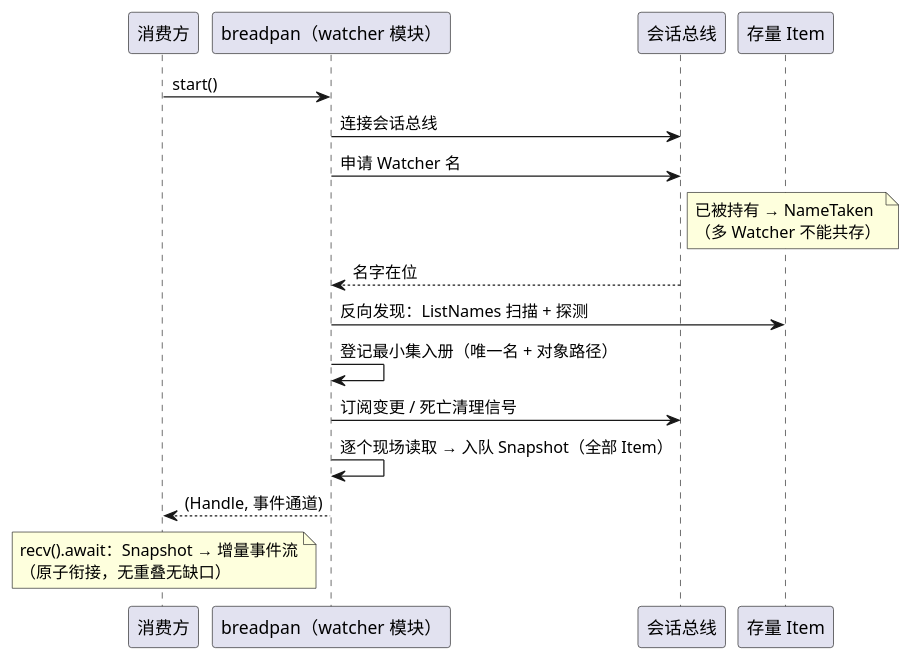
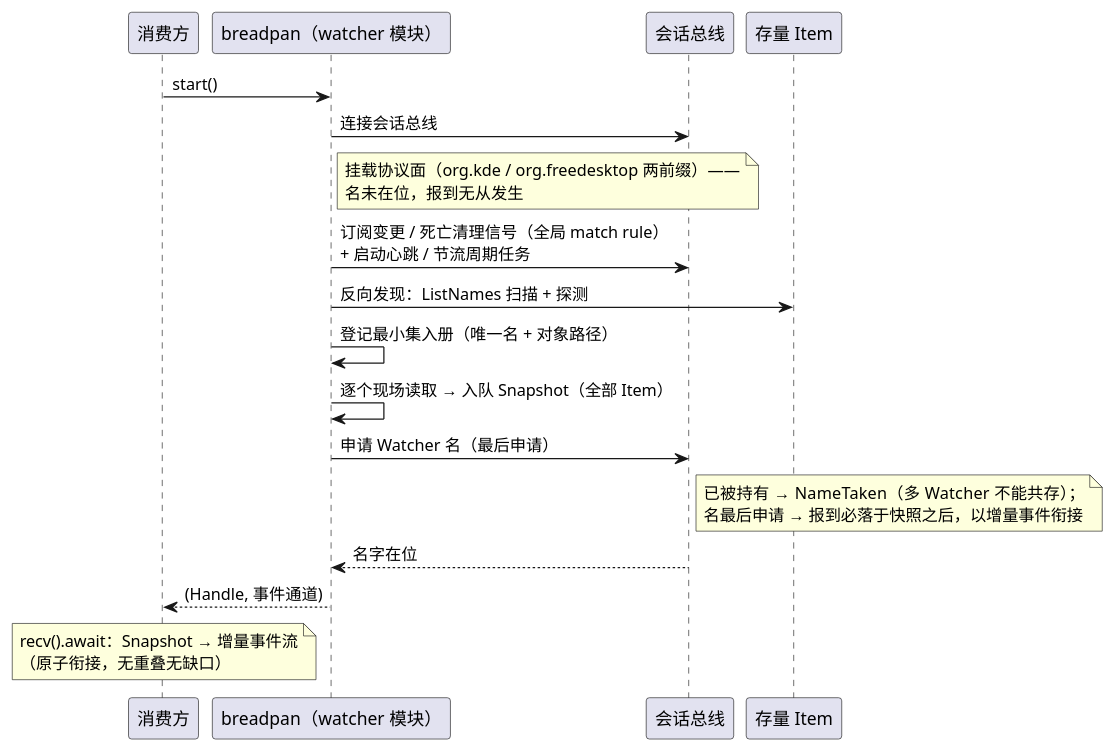
Before and after one commit to 54m43lJ/BreadKnife: the diagram in diagram/breadpan-startup.puml, drawn with PlantUML. The commit also changed 3 other files, not shown here.

```diff
--- a/diagram/breadpan-startup.puml
+++ b/diagram/breadpan-startup.puml
@@ -1,24 +1,28 @@
 @startuml breadpan-startup
 participant 消费方
 participant "breadpan（watcher 模块）" as bp
 participant 会话总线
 participant "存量 Item" as item
 
 消费方 -> bp: start()
 bp -> 会话总线: 连接会话总线
-bp -> 会话总线: 申请 Watcher 名
+note right of bp
+  挂载协议面（org.kde / org.freedesktop 两前缀）——
+  名未在位，报到无从发生
+end note
+bp -> 会话总线: 订阅变更 / 死亡清理信号（全局 match rule）\n+ 启动心跳 / 节流周期任务
+bp -> item: 反向发现：ListNames 扫描 + 探测
+bp -> bp: 登记最小集入册（唯一名 + 对象路径）
+bp -> bp: 逐个现场读取 → 入队 Snapshot（全部 Item）
+bp -> 会话总线: 申请 Watcher 名（最后申请）
 note right of 会话总线
-  已被持有 → NameTaken
-  （多 Watcher 不能共存）
+  已被持有 → NameTaken（多 Watcher 不能共存）；
+  名最后申请 → 报到必落于快照之后，以增量事件衔接
 end note
 会话总线 --> bp: 名字在位
-bp -> item: 反向发现：ListNames 扫描 + 探测
-bp -> bp: 登记最小集入册（唯一名 + 对象路径）
-bp -> 会话总线: 订阅变更 / 死亡清理信号
-bp -> bp: 逐个现场读取 → 入队 Snapshot（全部 Item）
 消费方 <-- bp: (Handle, 事件通道)
 note over 消费方
   recv().await：Snapshot → 增量事件流
   （原子衔接，无重叠无缺口）
 end note
 @enduml
```
